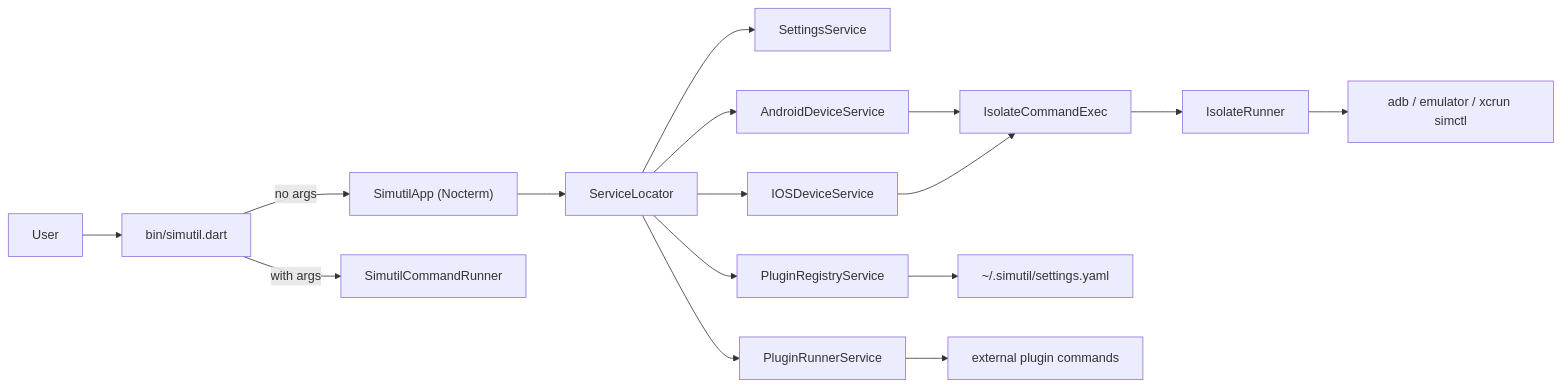
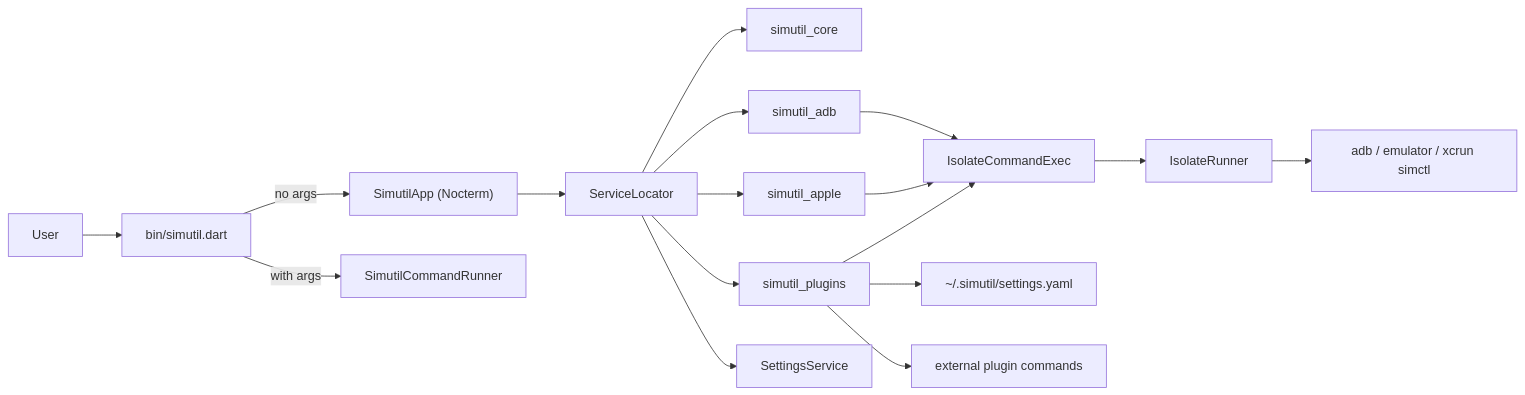
One commit to dungngminh/simutil changed the diagram in docs/ai/architecture.md. Above: the diagram before and after it, drawn with Mermaid. The commit also changed other lines of this file and 1 other file, not shown here.

First line of the commit message:
docs: architecture for package split

````diff
--- a/docs/ai/architecture.md
+++ b/docs/ai/architecture.md
@@ -45,18 +50,19 @@
 ```mermaid
 flowchart LR
     User[User] --> Bin["bin/simutil.dart"]
     Bin -->|"no args"| App["SimutilApp (Nocterm)"]
     Bin -->|"with args"| CLI["SimutilCommandRunner"]
     App --> Locator["ServiceLocator"]
+    Locator --> Core["simutil_core"]
+    Locator --> Adb["simutil_adb"]
+    Locator --> Apple["simutil_apple"]
+    Locator --> Plugins["simutil_plugins"]
     Locator --> Settings["SettingsService"]
-    Locator --> Android["AndroidDeviceService"]
-    Locator --> IOS["IOSDeviceService"]
-    Locator --> PluginReg["PluginRegistryService"]
-    Locator --> PluginRun["PluginRunnerService"]
-    Android --> Exec["IsolateCommandExec"]
-    IOS --> Exec
+    Adb --> Exec["IsolateCommandExec"]
+    Apple --> Exec
+    Plugins --> Exec
     Exec --> Runner["IsolateRunner"]
     Runner --> Shell["adb / emulator / xcrun simctl"]
-    PluginReg --> SettingsYaml["~/.simutil/settings.yaml"]
-    PluginRun --> PluginShell["external plugin commands"]
+    Plugins --> SettingsYaml["~/.simutil/settings.yaml"]
+    Plugins --> PluginShell["external plugin commands"]
 ```
````
